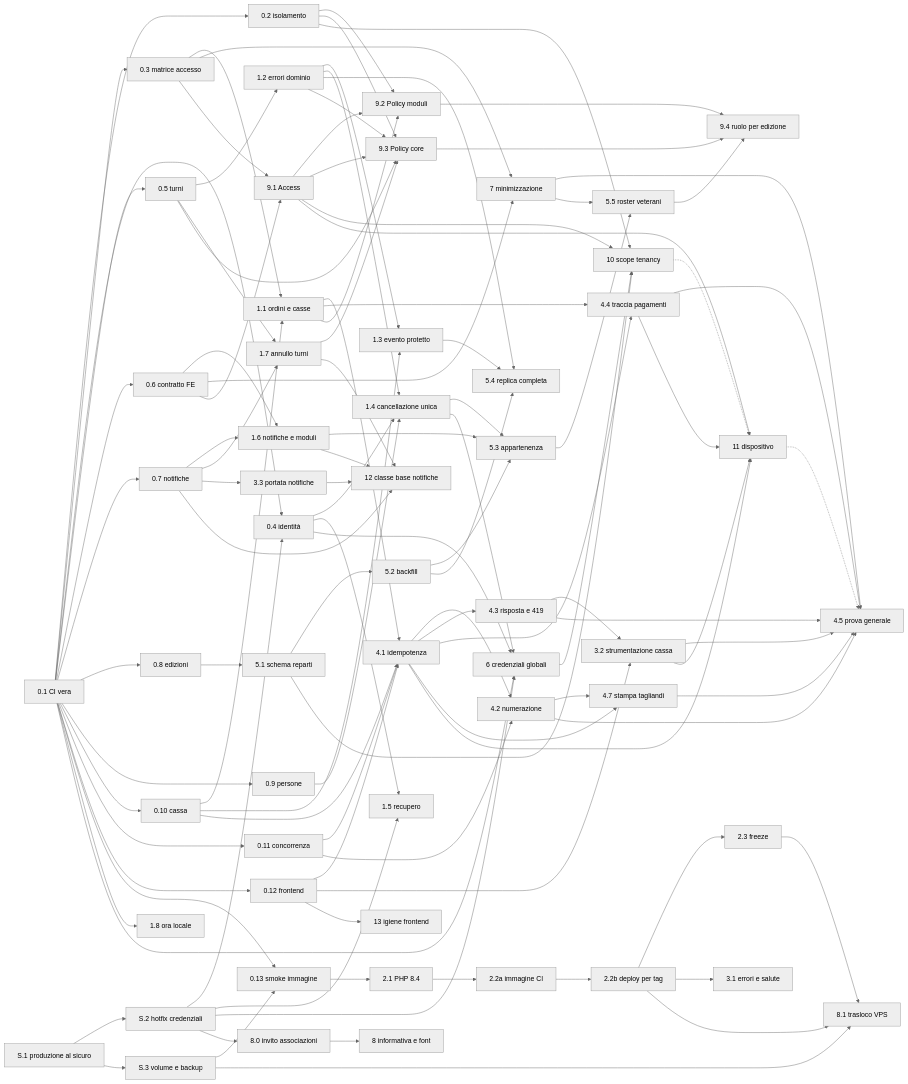
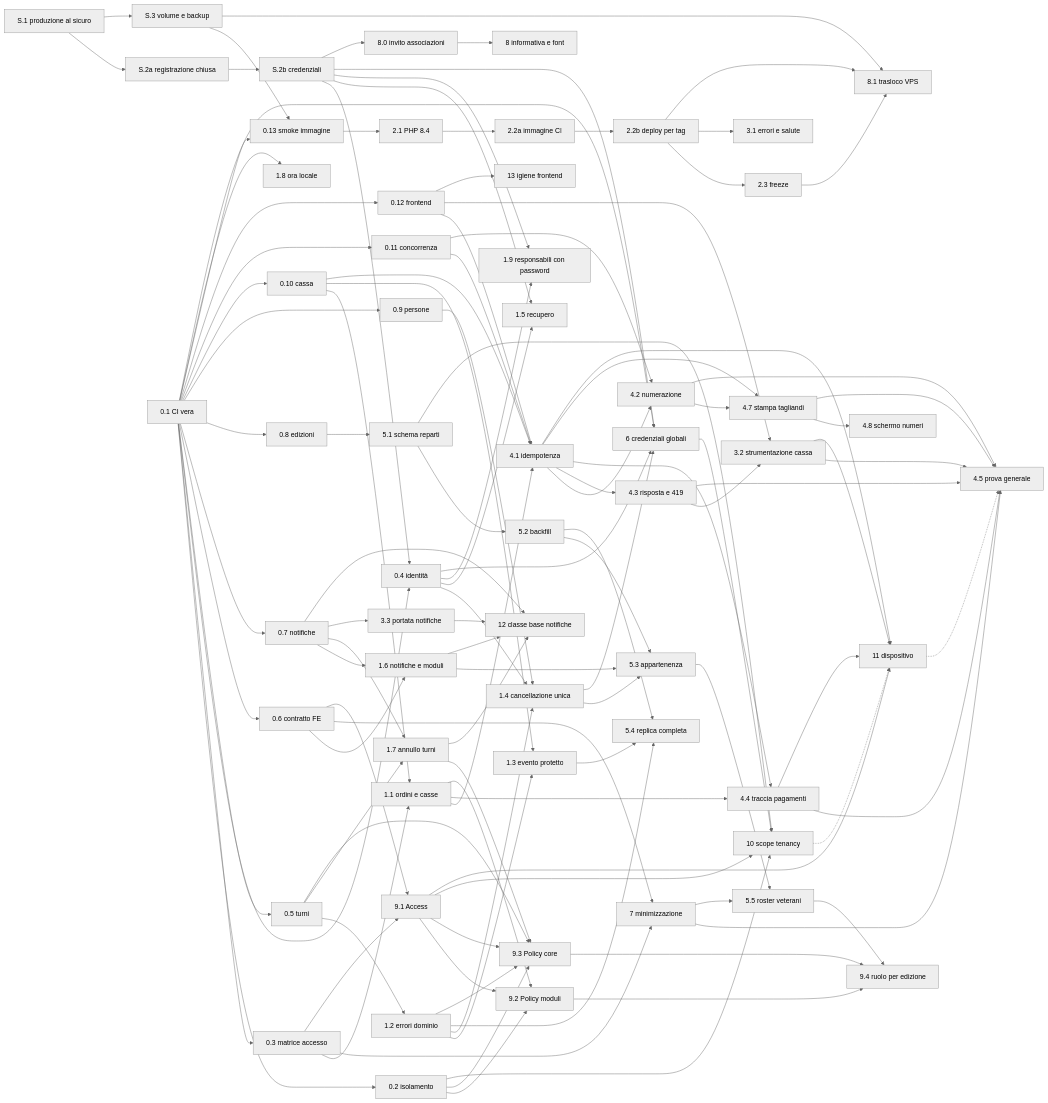
The diagram in docs/review/03-roadmap.md (antoniomuzzolini/sagra), drawn with Mermaid (neutral theme) before and after one commit. The commit also changed other lines of this file and 13 other files, not shown here.

````diff
--- a/docs/review/03-roadmap.md
+++ b/docs/review/03-roadmap.md
@@ -1493,6 +1523,6 @@
 ```mermaid
 flowchart LR
-    S1[S.1 produzione al sicuro] --> S2[S.2 hotfix credenziali]
+    S1[S.1 produzione al sicuro] --> S2a[S.2a registrazione chiusa] --> S2[S.2b credenziali]
     S1 --> S3[S.3 volume e backup]
     O1[0.1 CI vera] --> O2[0.2 isolamento]
     O1 --> O3[0.3 matrice accesso]
@@ -1538,6 +1568,9 @@
     D43 --> C32[3.2 strumentazione cassa]
     O12 --> C32
     D41 --> D47[4.7 stampa tagliandi]
+    D47 --> D48[4.8 schermo numeri]
+    O4 --> A19[1.9 responsabili con password]
+    S2 --> A19
     D42 --> D47
     D47 --> D45
     D42 --> D45[4.5 prova generale]
````
